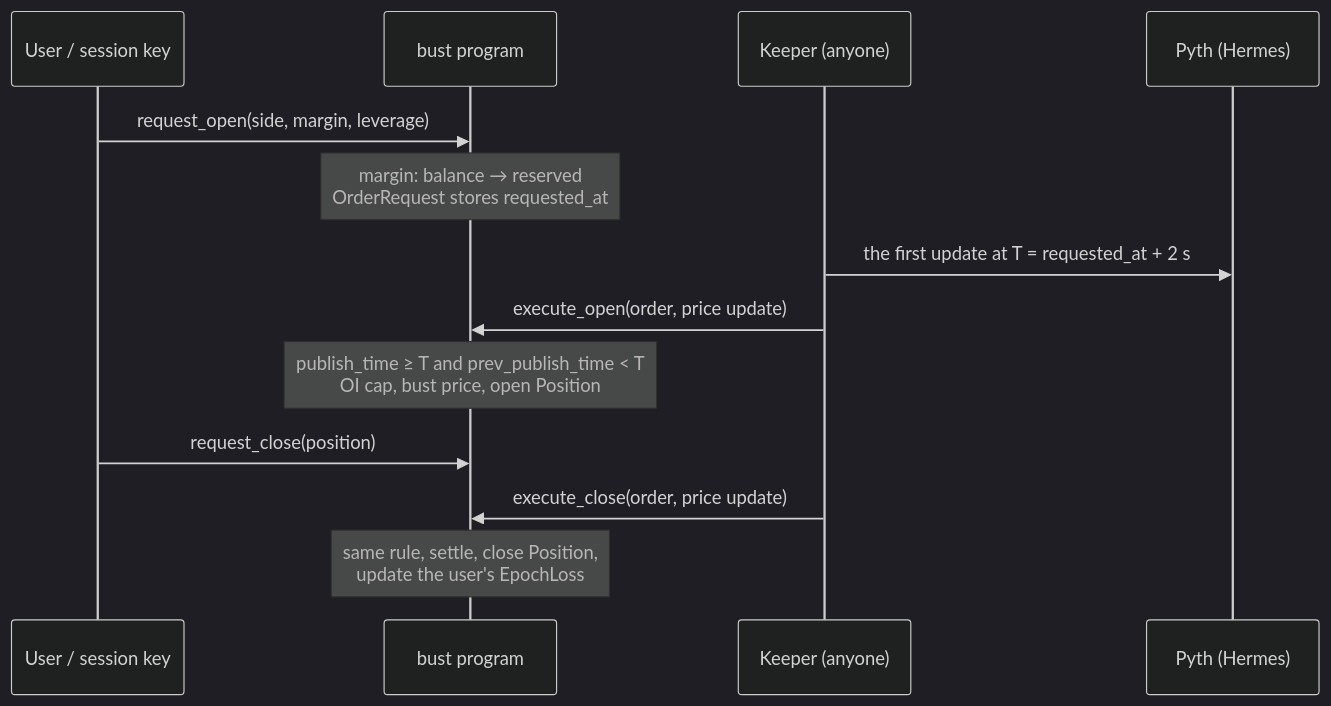
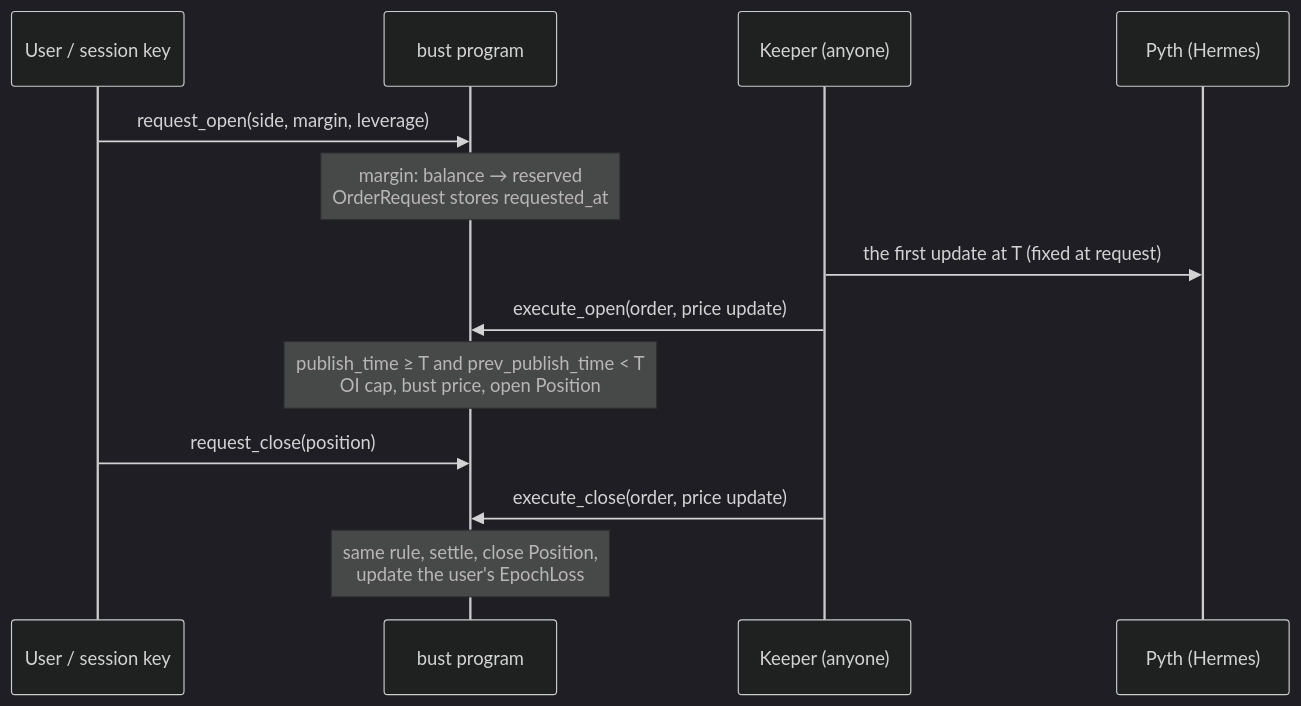
Before and after one commit to get-bust/bust-program: the second of 2 diagrams in README.md, drawn with Mermaid (dark theme). The commit also changed other lines of this file and 8 other files, not shown here.

First line of the commit message:
trade: keep liquidations and fill times on the Pyth timeline

````diff
--- a/README.md
+++ b/README.md
@@ -118,15 +118,15 @@
 ```mermaid
 sequenceDiagram
     participant U as User / session key
     participant P as bust program
     participant K as Keeper (anyone)
     participant H as Pyth (Hermes)
     U->>P: request_open(side, margin, leverage)
     Note over P: margin: balance → reserved<br/>OrderRequest stores requested_at
-    K->>H: the first update at T = requested_at + 2 s
+    K->>H: the first update at T (fixed at request)
     K->>P: execute_open(order, price update)
     Note over P: publish_time ≥ T and prev_publish_time < T<br/>OI cap, bust price, open Position
     U->>P: request_close(position)
     K->>P: execute_close(order, price update)
     Note over P: same rule, settle, close Position,<br/>update the user's EpochLoss
 ```
````
